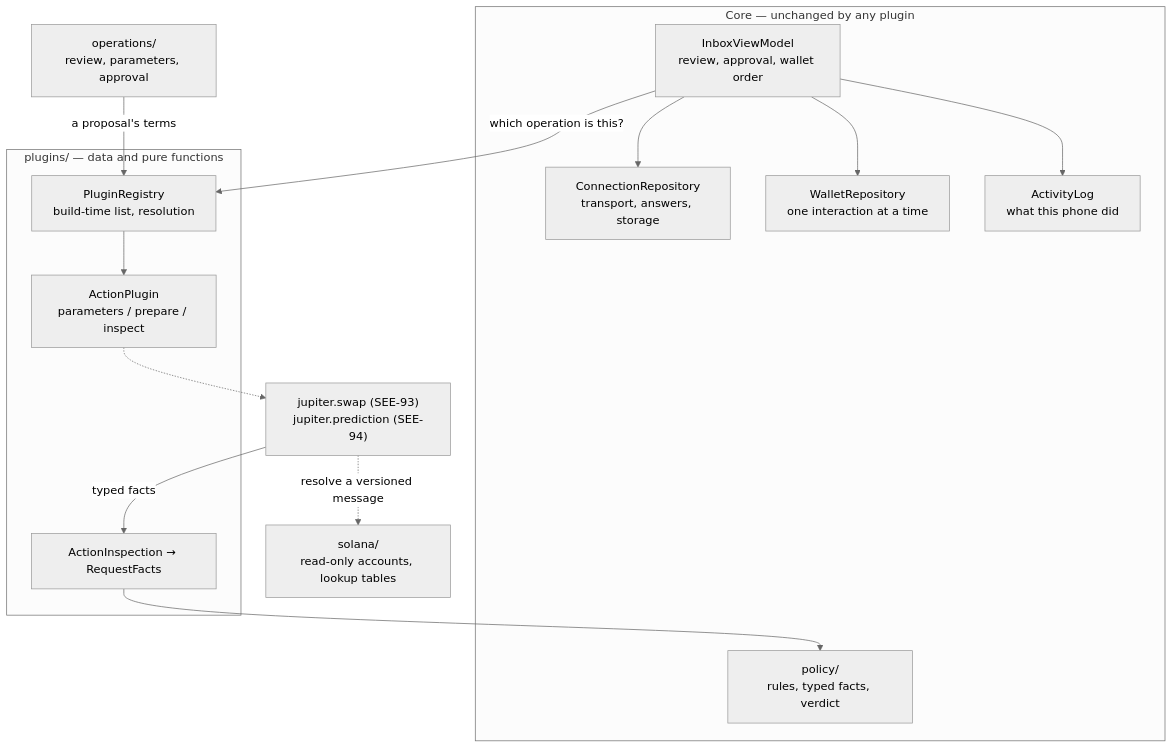
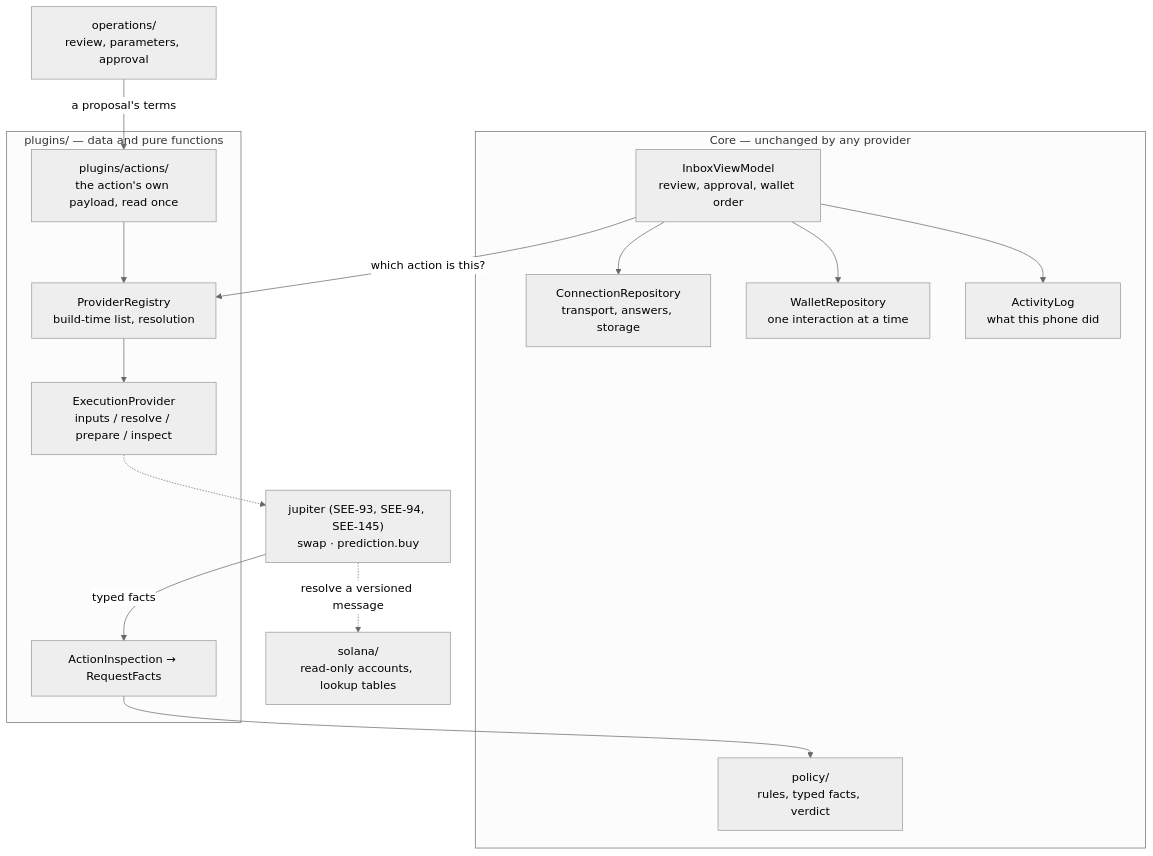
One commit to SeekerAgentConnect/sac changed the diagram in docs/wiki/client-plugins.md. Above: the diagram before and after it, drawn with Mermaid (neutral theme). The commit also changed other lines of this file and 16 other files, not shown here.

First line of the commit message:
docs(see-145): the execution-provider boundary, and what the old names mean now

````diff
--- a/docs/wiki/client-plugins.md
+++ b/docs/wiki/client-plugins.md
@@ -23,28 +25,30 @@
 ```mermaid
 flowchart TB
-    subgraph core["Core — unchanged by any plugin"]
+    subgraph core["Core — unchanged by any provider"]
         Repo["ConnectionRepository<br>transport, answers, storage"]
         Inbox["InboxViewModel<br>review, approval, wallet order"]
         Policy["policy/<br>rules, typed facts, verdict"]
         Wallet["WalletRepository<br>one interaction at a time"]
         Log["ActivityLog<br>what this phone did"]
     end
     subgraph boundary["plugins/ — data and pure functions"]
-        Registry["PluginRegistry<br>build-time list, resolution"]
-        Contract["ActionPlugin<br>parameters / prepare / inspect"]
+        Registry["ProviderRegistry<br>build-time list, resolution"]
+        Payloads["plugins/actions/<br>the action's own payload, read once"]
+        Contract["ExecutionProvider<br>inputs / resolve / prepare / inspect"]
         Facts["ActionInspection → RequestFacts"]
     end
-    Plugin["jupiter.swap (SEE-93)<br>jupiter.prediction (SEE-94)"]
+    Provider["jupiter (SEE-93, SEE-94, SEE-145)<br>swap · prediction.buy"]
     Operations["operations/<br>review, parameters, approval"]
     Solana["solana/<br>read-only accounts, lookup tables"]
-    Plugin -. "resolve a versioned message" .-> Solana
-    Inbox -- "which operation is this?" --> Registry
-    Operations -- "a proposal's terms" --> Registry
+    Provider -. "resolve a versioned message" .-> Solana
+    Inbox -- "which action is this?" --> Registry
+    Operations -- "a proposal's terms" --> Payloads
+    Payloads --> Registry
     Registry --> Contract
-    Contract -.-> Plugin
-    Plugin -- "typed facts" --> Facts
+    Contract -.-> Provider
+    Provider -- "typed facts" --> Facts
     Facts --> Policy
     Inbox --> Wallet
     Inbox --> Log
     Inbox --> Repo
 ```
````
